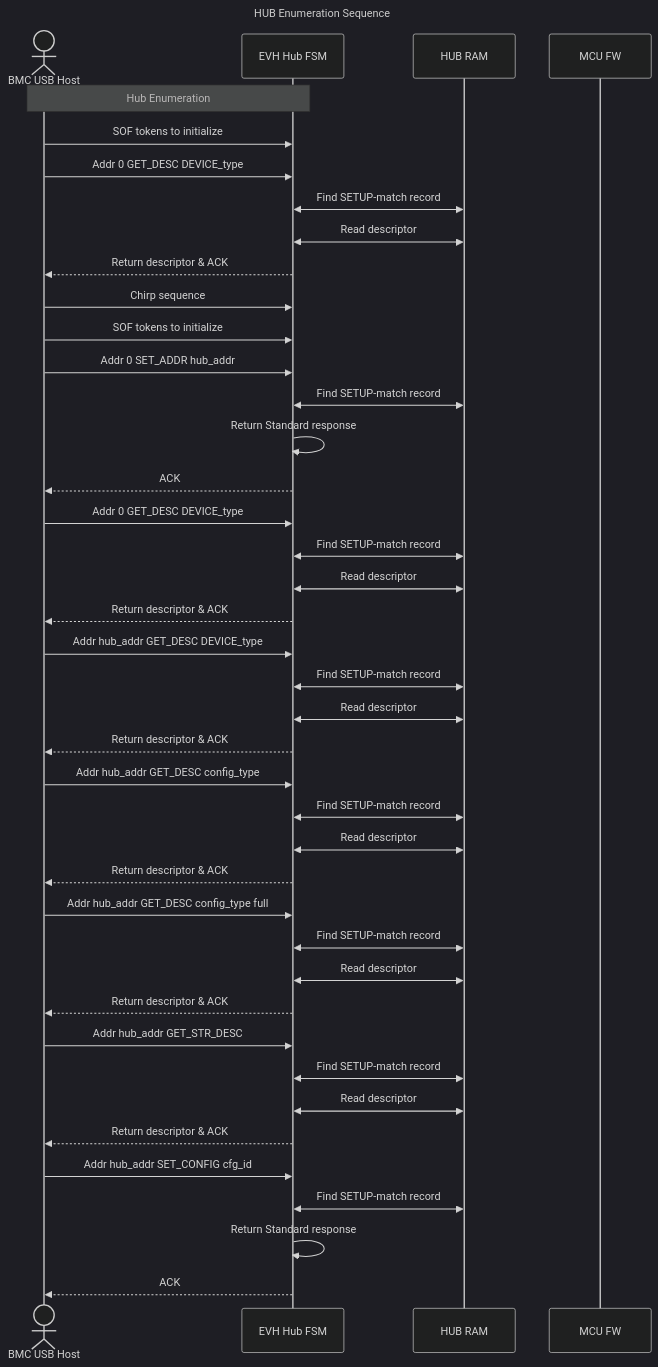
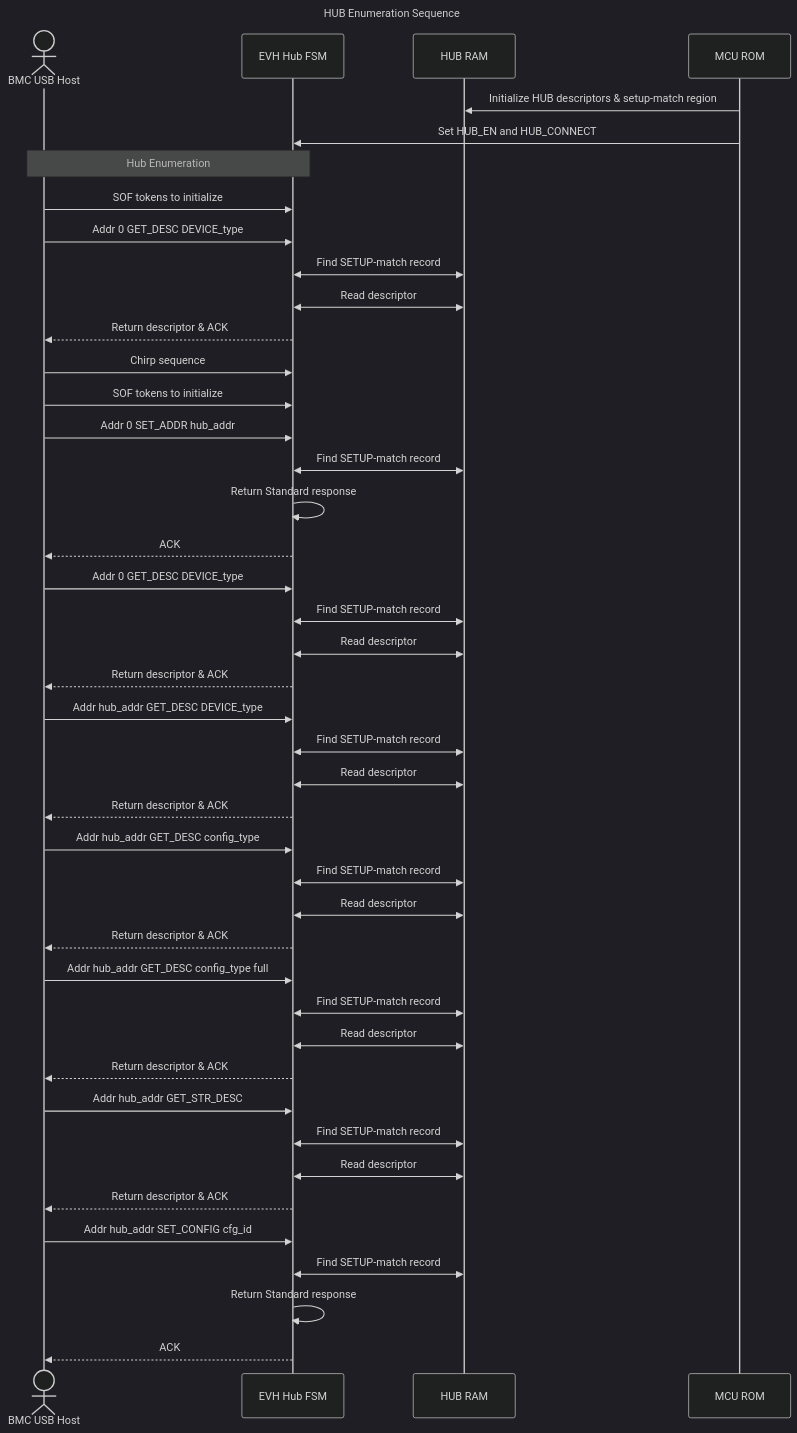
One commit to chipsalliance/usb2 changed the second of 3 diagrams in docs/USB2_Programmers_Guide.md. Above: the diagram before and after it, drawn with Mermaid (dark theme). The commit also changed other lines of this file, not shown here.

````diff
--- a/docs/USB2_Programmers_Guide.md
+++ b/docs/USB2_Programmers_Guide.md
@@ -194,48 +196,50 @@
 ```mermaid
 sequenceDiagram
     title HUB Enumeration Sequence
 
     actor Host as BMC USB Host
     participant EVH as EVH Hub FSM
     participant HUB_RAM as HUB RAM
-    participant MCU_FW as MCU FW
+    participant MCU_FW as MCU ROM
       
+    MCU_FW->>HUB_RAM: Initialize HUB descriptors & setup-match region
+    MCU_FW->>EVH: Set HUB_EN and HUB_CONNECT
+
     Note over Host,EVH: Hub Enumeration
-
     Host->>EVH: SOF tokens to initialize
     Host->>EVH: Addr 0 GET_DESC DEVICE_type
     EVH<<->>HUB_RAM: Find SETUP-match record
     EVH<<->>HUB_RAM: Read descriptor
     EVH-->>Host: Return descriptor & ACK
     Host->>EVH: Chirp sequence
     Host->>EVH: SOF tokens to initialize
     Host->>EVH: Addr 0 SET_ADDR hub_addr
     EVH<<->>HUB_RAM: Find SETUP-match record
     EVH->>EVH: Return Standard response
     EVH-->>Host: ACK
     Host->>EVH: Addr 0 GET_DESC DEVICE_type
     EVH<<->>HUB_RAM: Find SETUP-match record
     EVH<<->>HUB_RAM: Read descriptor
     EVH-->>Host: Return descriptor & ACK
     Host->>EVH: Addr hub_addr GET_DESC DEVICE_type
     EVH<<->>HUB_RAM: Find SETUP-match record
     EVH<<->>HUB_RAM: Read descriptor
     EVH-->>Host: Return descriptor & ACK
     Host->>EVH: Addr hub_addr GET_DESC config_type
     EVH<<->>HUB_RAM: Find SETUP-match record
     EVH<<->>HUB_RAM: Read descriptor
     EVH-->>Host: Return descriptor & ACK
     Host->>EVH: Addr hub_addr GET_DESC config_type full
     EVH<<->>HUB_RAM: Find SETUP-match record
     EVH<<->>HUB_RAM: Read descriptor
     EVH-->>Host: Return descriptor & ACK
     Host->>EVH: Addr hub_addr GET_STR_DESC
     EVH<<->>HUB_RAM: Find SETUP-match record
     EVH<<->>HUB_RAM: Read descriptor
     EVH-->>Host: Return descriptor & ACK
     Host->>EVH: Addr hub_addr SET_CONFIG cfg_id
     EVH<<->>HUB_RAM: Find SETUP-match record
     EVH->>EVH: Return Standard response
     EVH-->>Host: ACK
 
 ```
````
